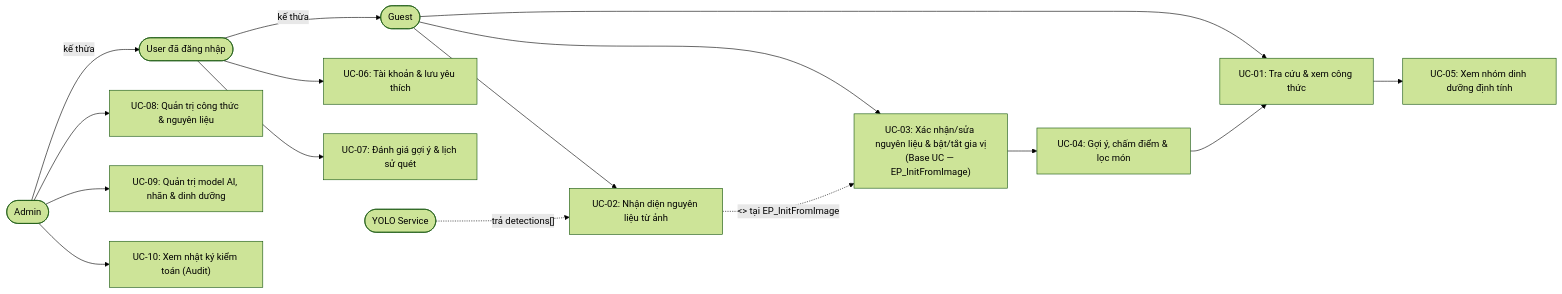
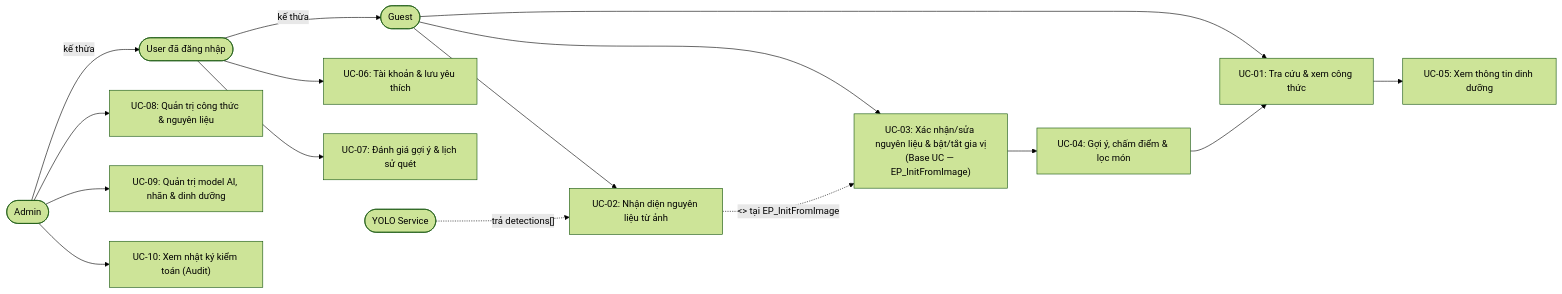
Before and after one commit to phongg2905/foodVision-AI: the diagram in docs/01-requirements/use-cases.md, drawn with Mermaid (forest theme). The commit also changed other lines of this file and 31 other files, not shown here.

First line of the commit message:
docs: align specifications with 14-component intelligent architecture

````diff
--- a/docs/01-requirements/use-cases.md
+++ b/docs/01-requirements/use-cases.md
@@ -16,21 +16,21 @@
 ```mermaid
 flowchart LR
     G(["Guest"]) --> UC01["UC-01: Tra cứu & xem công thức"]
     G --> UC03["UC-03: Xác nhận/sửa nguyên liệu & bật/tắt gia vị\n(Base UC — EP_InitFromImage)"]
     UC02["UC-02: Nhận diện nguyên liệu từ ảnh"] -. "<<extend>> tại EP_InitFromImage" .-> UC03
     G --> UC02
     UC03 --> UC04["UC-04: Gợi ý, chấm điểm & lọc món"]
     UC04 --> UC01
-    UC01 --> UC05["UC-05: Xem nhóm dinh dưỡng định tính"]
+    UC01 --> UC05["UC-05: Xem thông tin dinh dưỡng"]
 
     U(["User đã đăng nhập"]) -->|kế thừa| G
     U --> UC06["UC-06: Tài khoản & lưu yêu thích"]
     U --> UC07["UC-07: Đánh giá gợi ý & lịch sử quét"]
 
     A(["Admin"]) -->|kế thừa| U
     A --> UC08["UC-08: Quản trị công thức & nguyên liệu"]
     A --> UC09["UC-09: Quản trị model AI, nhãn & dinh dưỡng"]
     A --> UC10["UC-10: Xem nhật ký kiểm toán (Audit)"]
 
     AI(["YOLO Service"]) -. "trả detections[]" .-> UC02
 ```
````
